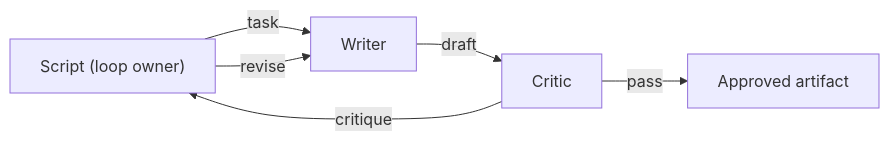
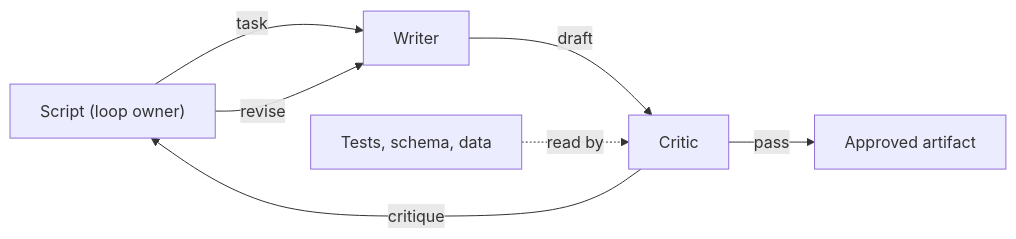
One commit to xoubish/multiGrits changed the diagram in diagrams/writer-critic.mmd. Above: the diagram before and after it, drawn with Mermaid. The commit also changed 64 other files, not shown here.

```diff
--- a/diagrams/writer-critic.mmd
+++ b/diagrams/writer-critic.mmd
@@ -1,6 +1,7 @@
 flowchart LR
   S["Script (loop owner)"] -->|"task"| W["Writer"]
   W -->|"draft"| C["Critic"]
+  T["Tests, schema, data"] -.->|"read by"| C
   C -->|"critique"| S
   S -->|"revise"| W
   C -->|"pass"| F["Approved artifact"]
```
